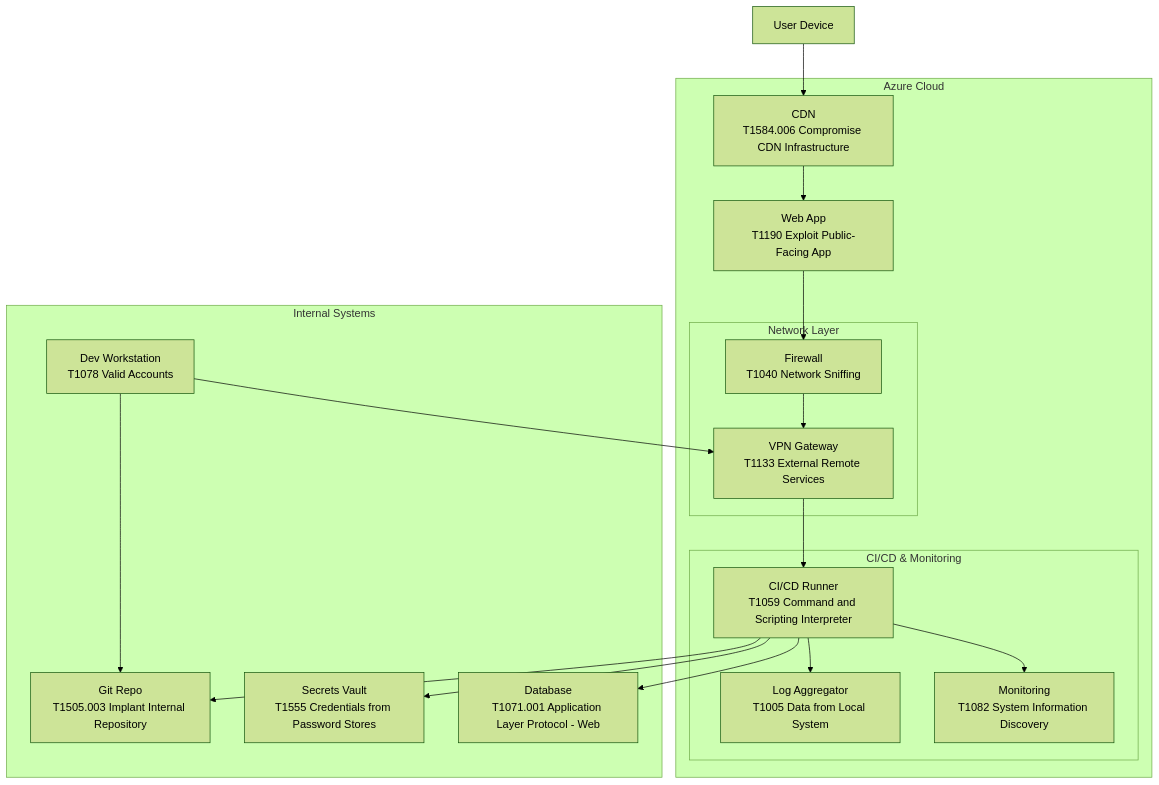
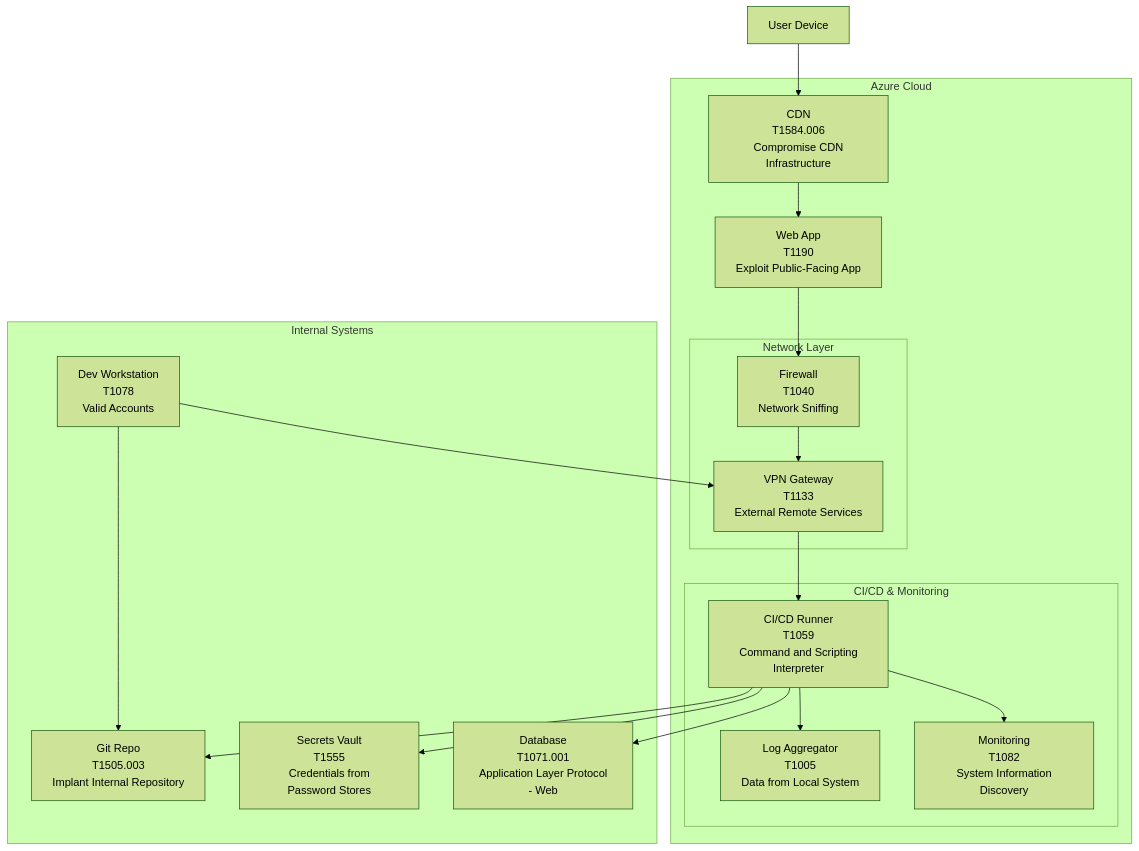
The diagram in docs/sec_net-sec/network_data_center_mitre.md (cassmastern/lers-sandbox), drawn with Mermaid (forest theme) before and after one commit. The commit also changed 11 other files, not shown here.

````diff
--- a/docs/sec_net-sec/network_data_center_mitre.md
+++ b/docs/sec_net-sec/network_data_center_mitre.md
@@ -15,47 +15,47 @@
 ```mermaid
 graph TB
     accTitle: MITRE ATT&CK annotated network diagram
     accDescr: MITRE ATT&CK annotated network diagram showing user device connecting to Azure Cloud containing CDN with T1584.006 technique, Web App with T1190 exploit technique, network layer with firewall T1040 network sniffing and VPN gateway T1133 external remote services, CI/CD and monitoring components with T1059 command scripting, T1005 data collection, and T1082 system discovery techniques. Internal systems show dev workstation T1078 valid accounts, Git repo T1505.003 repository implant, secrets vault T1555 credential access, and database T1071.001 application layer protocol techniques.
     User[User Device]
     
     subgraph "Azure Cloud"
-        CDN[CDN<br/>T1584.006 Compromise CDN Infrastructure]
-        WA[Web App<br/>T1190 Exploit Public-Facing App]
+        CDN[CDN<br>T1584.006<br> Compromise CDN Infrastructure]
+        WA[Web App<br>T1190<br> Exploit Public-Facing App]
         
         subgraph "Network Layer"
-            FW[Firewall<br/>T1040 Network Sniffing]
-            VPN[VPN Gateway<br/>T1133 External Remote Services]
+            FW[Firewall<br>T1040<br> Network Sniffing]
+            VPN[VPN Gateway<br>T1133<br> External Remote Services]
         end
         
         subgraph "CI/CD & Monitoring"
-            CI[CI/CD Runner<br/>T1059 Command and Scripting Interpreter]
-            Logs[Log Aggregator<br/>T1005 Data from Local System]
-            Monitor[Monitoring<br/>T1082 System Information Discovery]
+            CI[CI/CD Runner<br>T1059<br> Command and Scripting Interpreter]
+            Logs[Log Aggregator<br>T1005<br> Data from Local System]
+            Monitor[Monitoring<br>T1082<br> System Information Discovery]
         end
     end
     
     subgraph "Internal Systems"
-        Dev[Dev Workstation<br/>T1078 Valid Accounts]
-        Repo[Git Repo<br/>T1505.003 Implant Internal Repository]
-        Secrets[Secrets Vault<br/>T1555 Credentials from Password Stores]
-        DB[Database<br/>T1071.001 Application Layer Protocol - Web]
+        Dev[Dev Workstation<br>T1078<br> Valid Accounts]
+        Repo[Git Repo<br>T1505.003<br> Implant Internal Repository]
+        Secrets[Secrets Vault<br>T1555<br> Credentials from Password Stores]
+        DB[Database<br>T1071.001<br> Application Layer Protocol - Web]
     end
 
     %% Main flow connections
     User --> CDN
     CDN --> WA
     WA --> FW
     FW --> VPN
     
     %% CI/CD connections
     VPN --> CI
     CI --> Logs
     CI --> Monitor
     CI --> Repo
     CI --> Secrets
     CI --> DB
     
     %% Dev connections
     Dev --> VPN
     Dev --> Repo
 ```
````
